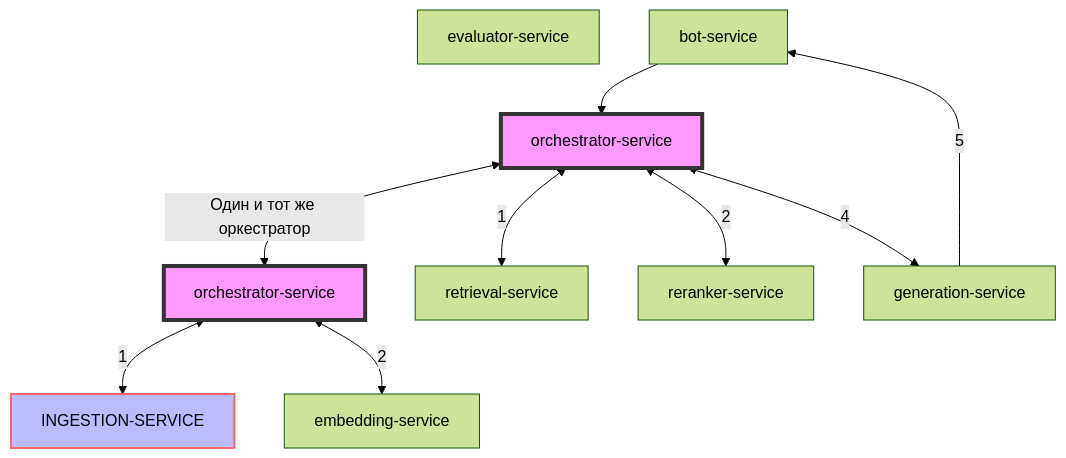
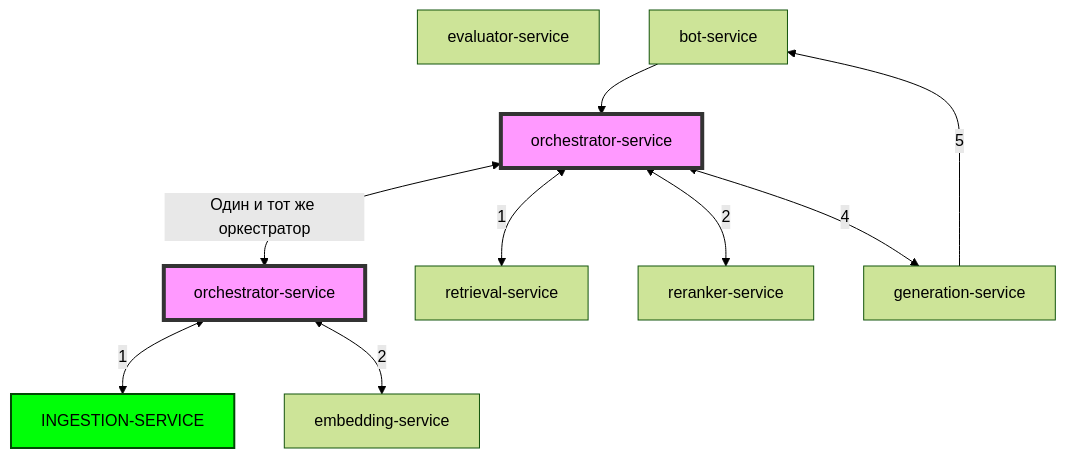
The diagram in README.md (GregRublik/ingestion-service), drawn with Mermaid (forest theme) before and after one commit.

````diff
--- a/README.md
+++ b/README.md
@@ -4,24 +4,24 @@
 ```mermaid
 graph TD
     K[evaluator-service] 
     
     
     C[orchestrator-service] <--1--> B[INGESTION-SERVICE]
     C <--2--> D[embedding-service]
     
     
     F[bot-service] --> c[orchestrator-service]  
     c <--1--> G[retrieval-service]
     c <--2--> E[reranker-service]
     c <--4--> I[generation-service]
     I --5--> F
     
     
     
     c <--Один и тот же оркестратор--> C
     
     style C fill:#f9f,stroke:#333,stroke-width:4px,color:#000
     style c fill:#f9f,stroke:#333,stroke-width:4px,color:#000
-    style B fill:#bbf,stroke:#f66,stroke-width:2px,color:#000
+    style B fill:#00ff08,stroke:#014a04,stroke-width:2px,color:#000
     
 ```
````
